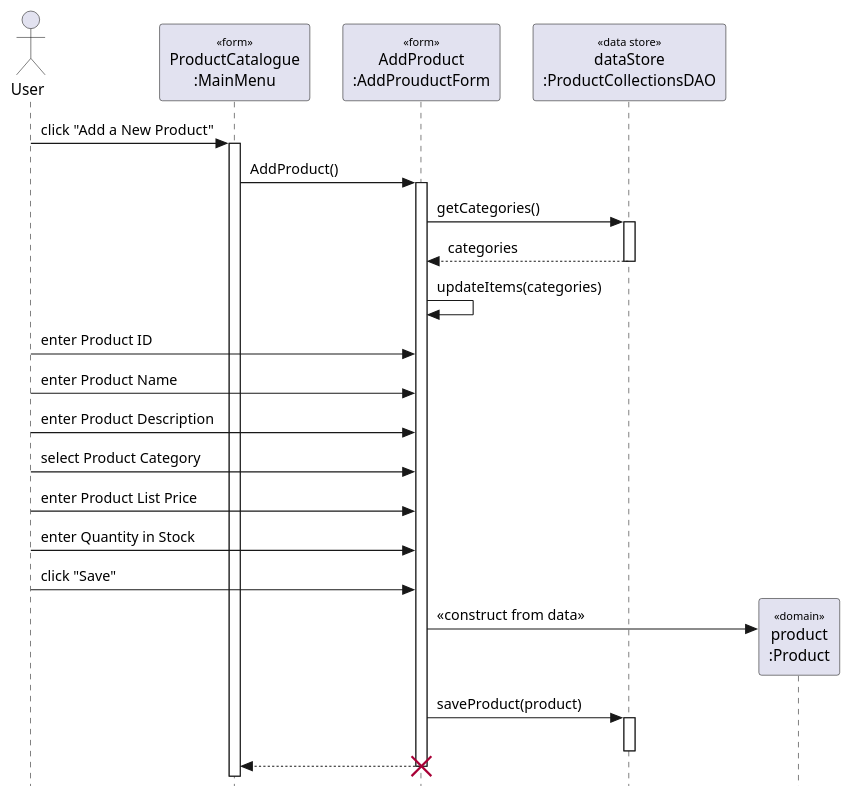
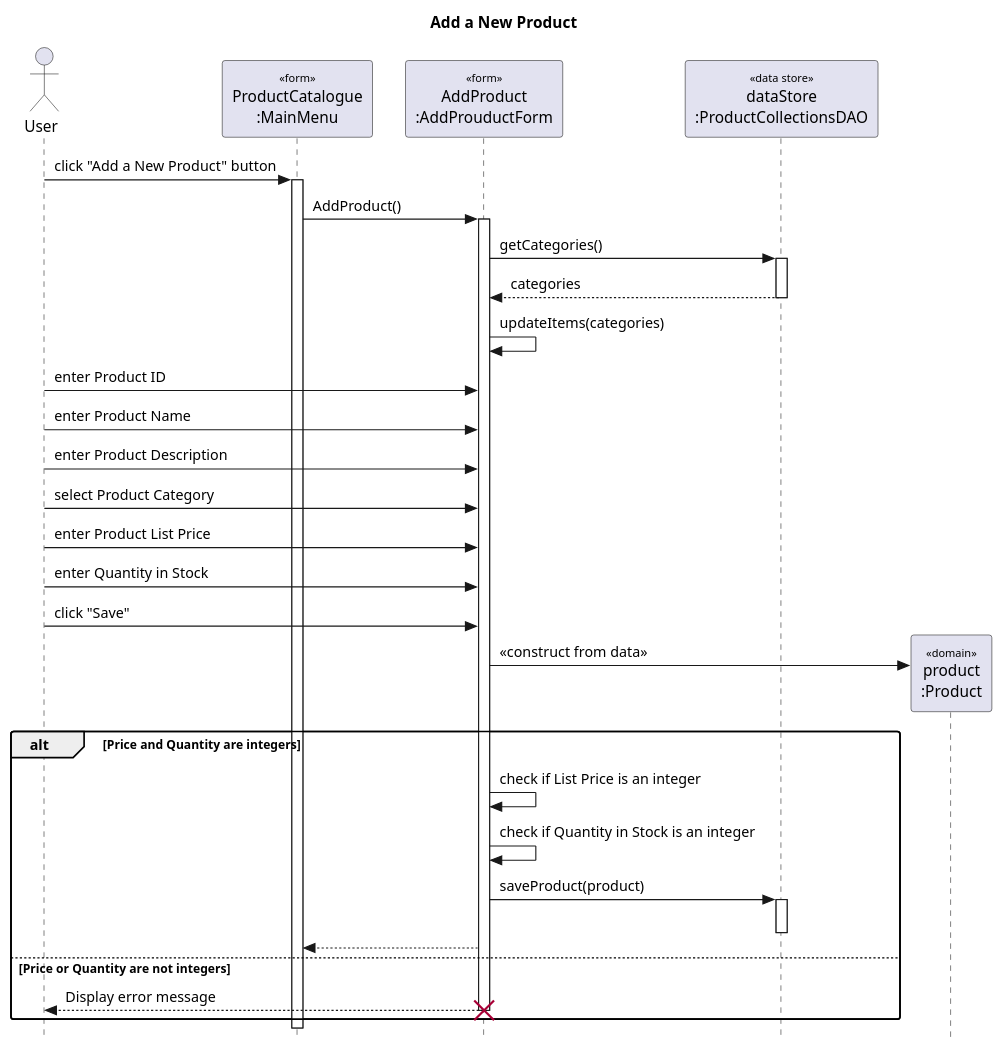
The diagram in milestone3/app/src/main/java/milestone3/gui/AddProductSequenceDiagram.puml (dyrel78/INFO_201), drawn with PlantUML before and after one commit. The commit also changed 14 other files, not shown here.

```diff
--- a/milestone3/app/src/main/java/milestone3/gui/AddProductSequenceDiagram.puml
+++ b/milestone3/app/src/main/java/milestone3/gui/AddProductSequenceDiagram.puml
@@ -1,53 +1,61 @@
-@startuml add product
-' === Style Tweaks ===
+@startuml
+' === Title ===
+title Add a New Product
+
+' === Style  ===
 
 skinparam {
   Style StrictUML
   RoundCorner 5
   ParticipantPadding 10
   Padding 2
   SequenceStereotype {
     Font {
       Size 10
       Style plain
     }
   }
 }
 
 ' === Actors / Participants
 actor "User" as user
 participant "ProductCatalogue\n:MainMenu" as menu <<form>>
 participant "AddProduct\n:AddProuductForm" as addProduct <<form>>
 participant "dataStore\n:ProductCollectionsDAO" as dataStore <<data store>>
 participant "product\n:Product" as product <<domain>>
 
 ' === Messages ===
-user -> menu : click "Add a New Product"
+user -> menu : click "Add a New Product" button
 menu++
 menu -> addProduct : AddProduct()
 addProduct++
 
 addProduct -> dataStore : getCategories()
 dataStore++
 return categories 
 
 addProduct -> addProduct : updateItems(categories)
 
 user -> addProduct : enter Product ID
 user -> addProduct : enter Product Name
 user -> addProduct : enter Product Description
 user -> addProduct : select Product Category
 user -> addProduct : enter Product List Price
 user -> addProduct : enter Quantity in Stock
 
 user -> addProduct : click "Save"
 create product
 addProduct -> product : <<construct from data>>
 
-addProduct -> dataStore : saveProduct(product)
-dataStore++
-dataStore--
-
-addProduct --> menu
-destroy addProduct
+alt Price and Quantity are integers
+  addProduct -> addProduct : check if List Price is an integer
+  addProduct -> addProduct : check if Quantity in Stock is an integer
+  addProduct -> dataStore : saveProduct(product)
+  dataStore++
+  dataStore--
+  addProduct --> menu
+else Price or Quantity are not integers
+  addProduct --> user : Display error message
+  destroy addProduct
+end
 @enduml
```
